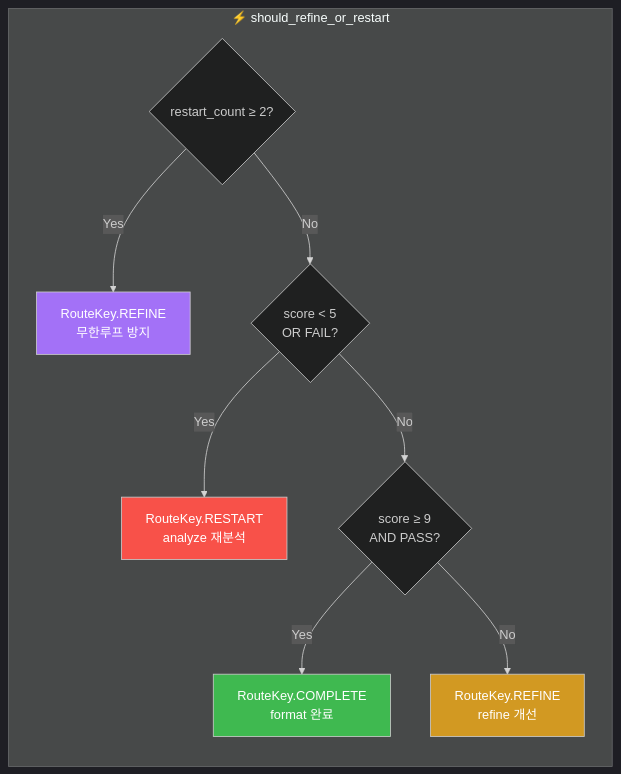
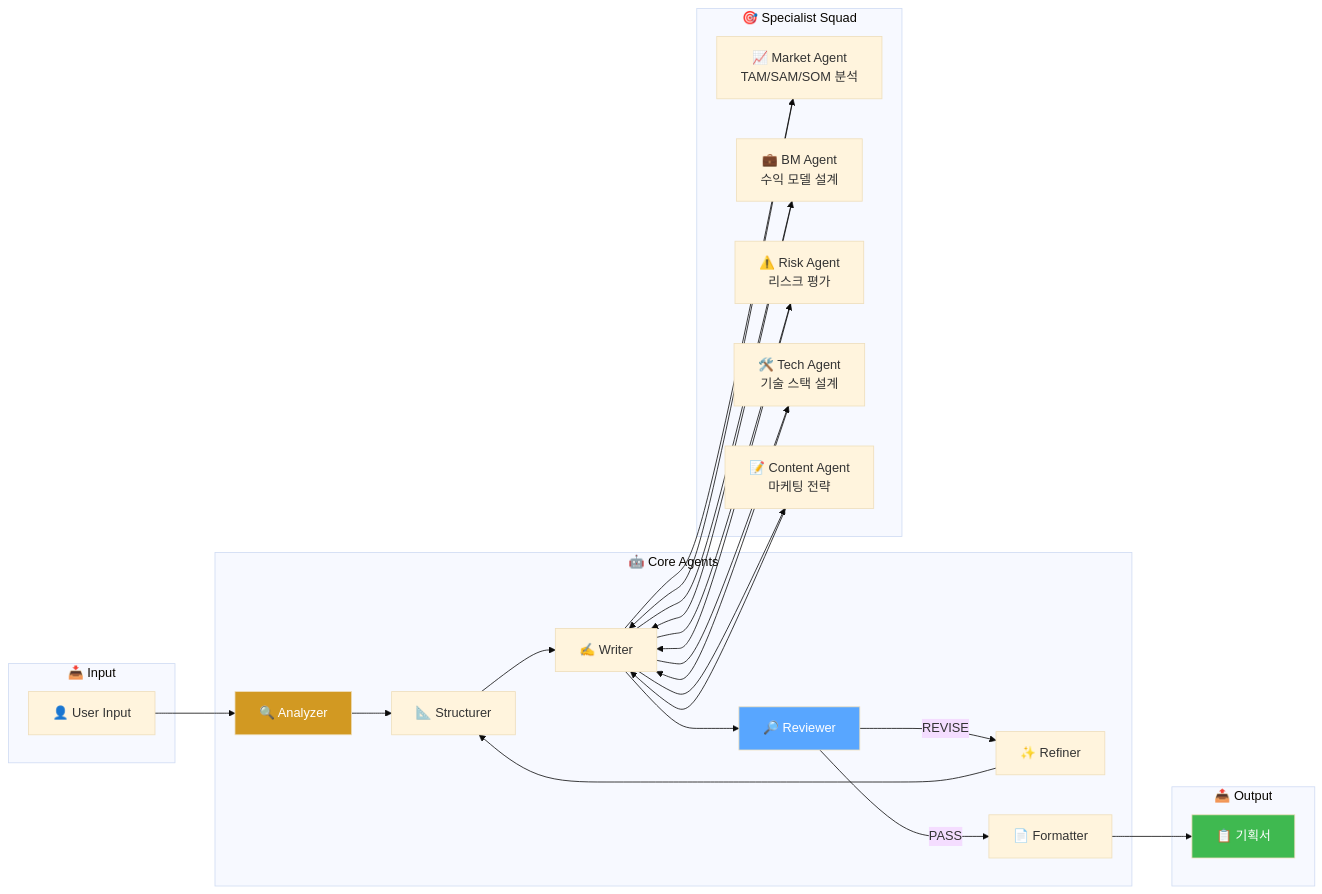
One commit to skyasu2/multi-agent-python changed the third of 9 diagrams in docs/MULTI_AGENT_DIAGRAM.md. Above: the diagram before and after it, drawn with Mermaid. The commit also changed other lines of this file, not shown here.

Commit message:
docs: add comprehensive multi-agent architecture diagrams with service flow

````diff
--- a/docs/MULTI_AGENT_DIAGRAM.md
+++ b/docs/MULTI_AGENT_DIAGRAM.md
@@ -146,29 +120,44 @@
 ```mermaid
-%%{init: {'theme': 'dark'}}%%
+%%{init: {'theme': 'base'}}%%
 
-flowchart LR
-    subgraph should_refine_or_restart["⚡ should_refine_or_restart"]
-        direction TB
-        
-        C1{restart_count ≥ 2?}
-        C2{score < 5<br/>OR FAIL?}
-        C3{score ≥ 9<br/>AND PASS?}
-        
-        R1[RouteKey.REFINE<br/>무한루프 방지]
-        R2[RouteKey.RESTART<br/>analyze 재분석]
-        R3[RouteKey.COMPLETE<br/>format 완료]
-        R4[RouteKey.REFINE<br/>refine 개선]
-        
-        C1 -->|Yes| R1
-        C1 -->|No| C2
-        C2 -->|Yes| R2
-        C2 -->|No| C3
-        C3 -->|Yes| R3
-        C3 -->|No| R4
+graph LR
+    subgraph INPUT["📥 Input"]
+        USER[👤 User Input]
     end
     
-    style R1 fill:#a371f7,color:#fff
-    style R2 fill:#f85149,color:#fff
-    style R3 fill:#3fb950,color:#fff
-    style R4 fill:#d29922,color:#fff
+    subgraph CORE_AGENTS["🤖 Core Agents"]
+        A1[🔍 Analyzer]
+        A2[📐 Structurer]
+        A3[✍️ Writer]
+        A4[🔎 Reviewer]
+        A5[✨ Refiner]
+        A6[📄 Formatter]
+    end
+    
+    subgraph SPECIALISTS["🎯 Specialist Squad"]
+        S1[📈 Market Agent<br/>TAM/SAM/SOM 분석]
+        S2[💼 BM Agent<br/>수익 모델 설계]
+        S3[⚠️ Risk Agent<br/>리스크 평가]
+        S4[🛠️ Tech Agent<br/>기술 스택 설계]
+        S5[📝 Content Agent<br/>마케팅 전략]
+    end
+    
+    subgraph OUTPUT["📤 Output"]
+        PLAN[📋 기획서]
+    end
+    
+    USER --> A1
+    A1 --> A2
+    A2 --> A3
+    A3 --> S1 & S2 & S3 & S4 & S5
+    S1 & S2 & S3 & S4 & S5 --> A3
+    A3 --> A4
+    A4 -->|REVISE| A5
+    A5 --> A2
+    A4 -->|PASS| A6
+    A6 --> PLAN
+    
+    style A1 fill:#d29922,color:#fff
+    style A4 fill:#58a6ff,color:#fff
+    style PLAN fill:#3fb950,color:#fff
 ```
````
